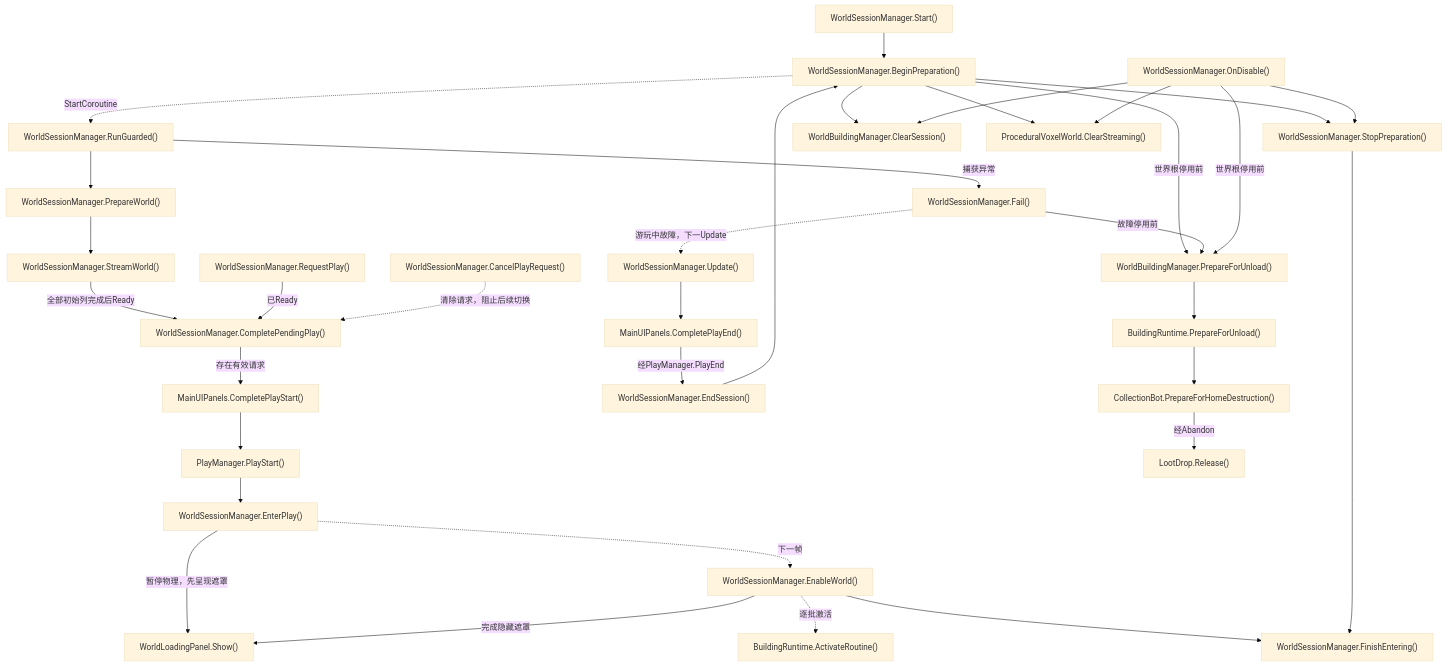
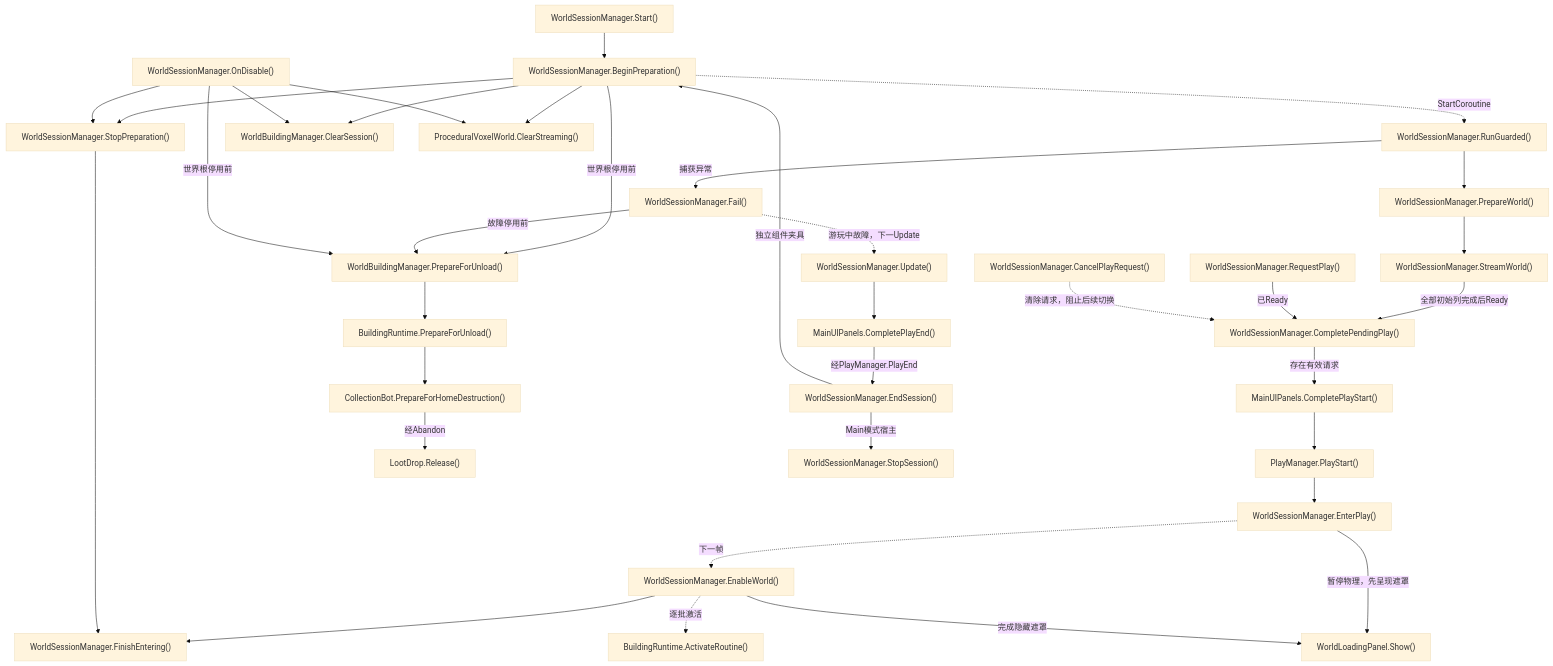
One commit to kukudia/HY-Sandbox changed diagram 22 of 55 in Docs/RuntimeFlow.md. Above: the diagram before and after it, drawn with Mermaid (base theme). The commit also changed other lines of this file and 49 other files, not shown here.

````diff
--- a/Docs/RuntimeFlow.md
+++ b/Docs/RuntimeFlow.md
@@ -1979,49 +2123,49 @@
 ```mermaid
 flowchart TD
     A["WorldSessionManager.Start()"]
-    click A "../Assets/Scripts/Features/World/WorldSessionManager.cs#L68" "打开源码"
+    click A "../Assets/Scripts/Features/World/WorldSessionManager.cs#L79" "打开源码"
     B["WorldSessionManager.BeginPreparation()"]
-    click B "../Assets/Scripts/Features/World/WorldSessionManager.cs#L85" "打开源码"
+    click B "../Assets/Scripts/Features/World/WorldSessionManager.cs#L99" "打开源码"
     C["WorldSessionManager.StopPreparation()"]
-    click C "../Assets/Scripts/Features/World/WorldSessionManager.cs#L465" "打开源码"
+    click C "../Assets/Scripts/Features/World/WorldSessionManager.cs#L493" "打开源码"
     D["WorldSessionManager.RunGuarded()"]
-    click D "../Assets/Scripts/Features/World/WorldSessionManager.cs#L311" "打开源码"
+    click D "../Assets/Scripts/Features/World/WorldSessionManager.cs#L339" "打开源码"
     E["WorldSessionManager.StreamWorld()"]
-    click E "../Assets/Scripts/Features/World/WorldSessionManager.cs#L342" "打开源码"
+    click E "../Assets/Scripts/Features/World/WorldSessionManager.cs#L370" "打开源码"
     F["WorldSessionManager.CompletePendingPlay()"]
-    click F "../Assets/Scripts/Features/World/WorldSessionManager.cs#L197" "打开源码"
+    click F "../Assets/Scripts/Features/World/WorldSessionManager.cs#L212" "打开源码"
     G["WorldSessionManager.RequestPlay()"]
-    click G "../Assets/Scripts/Features/World/WorldSessionManager.cs#L174" "打开源码"
+    click G "../Assets/Scripts/Features/World/WorldSessionManager.cs#L188" "打开源码"
     H["WorldSessionManager.CancelPlayRequest()"]
-    click H "../Assets/Scripts/Features/World/WorldSessionManager.cs#L191" "打开源码"
+    click H "../Assets/Scripts/Features/World/WorldSessionManager.cs#L205" "打开源码"
     I["MainUIPanels.CompletePlayStart()"]
-    click I "../Assets/Scripts/Features/Presentation/Interface/MainUIPanels.cs#L261" "打开源码"
+    click I "../Assets/Scripts/Features/Presentation/Interface/MainUIPanels.cs#L267" "打开源码"
     J["PlayManager.PlayStart()"]
-    click J "../Assets/Scripts/Features/Simulation/PlayManager.cs#L100" "打开源码"
+    click J "../Assets/Scripts/Features/Simulation/PlayManager.cs#L109" "打开源码"
     K["WorldSessionManager.EnterPlay()"]
-    click K "../Assets/Scripts/Features/World/WorldSessionManager.cs#L231" "打开源码"
+    click K "../Assets/Scripts/Features/World/WorldSessionManager.cs#L252" "打开源码"
     L["WorldSessionManager.EnableWorld()"]
-    click L "../Assets/Scripts/Features/World/WorldSessionManager.cs#L263" "打开源码"
+    click L "../Assets/Scripts/Features/World/WorldSessionManager.cs#L284" "打开源码"
     M["BuildingRuntime.ActivateRoutine()"]
     click M "../Assets/Scripts/Features/World/Buildings/BuildingRuntime.cs#L140" "打开源码"
     N["WorldSessionManager.EndSession()"]
-    click N "../Assets/Scripts/Features/World/WorldSessionManager.cs#L306" "打开源码"
+    click N "../Assets/Scripts/Features/World/WorldSessionManager.cs#L327" "打开源码"
     O["WorldSessionManager.Fail()"]
-    click O "../Assets/Scripts/Features/World/WorldSessionManager.cs#L497" "打开源码"
+    click O "../Assets/Scripts/Features/World/WorldSessionManager.cs#L525" "打开源码"
     P["WorldSessionManager.Update()"]
-    click P "../Assets/Scripts/Features/World/WorldSessionManager.cs#L415" "打开源码"
+    click P "../Assets/Scripts/Features/World/WorldSessionManager.cs#L443" "打开源码"
     Q["MainUIPanels.CompletePlayEnd()"]
-    click Q "../Assets/Scripts/Features/Presentation/Interface/MainUIPanels.cs#L297" "打开源码"
+    click Q "../Assets/Scripts/Features/Presentation/Interface/MainUIPanels.cs#L304" "打开源码"
     R["WorldSessionManager.OnDisable()"]
-    click R "../Assets/Scripts/Features/World/WorldSessionManager.cs#L512" "打开源码"
+    click R "../Assets/Scripts/Features/World/WorldSessionManager.cs#L540" "打开源码"
     S["WorldBuildingManager.ClearSession()"]
     click S "../Assets/Scripts/Features/World/Buildings/WorldBuildingManager.cs#L235" "打开源码"
     T["ProceduralVoxelWorld.ClearStreaming()"]
     click T "../Assets/Scripts/Features/World/Terrain/ProceduralVoxelWorld.cs#L339" "打开源码"
     U["WorldSessionManager.PrepareWorld()"]
-    click U "../Assets/Scripts/Features/World/WorldSessionManager.cs#L125" "打开源码"
+    click U "../Assets/Scripts/Features/World/WorldSessionManager.cs#L139" "打开源码"
     V["WorldSessionManager.FinishEntering()"]
-    click V "../Assets/Scripts/Features/World/WorldSessionManager.cs#L297" "打开源码"
+    click V "../Assets/Scripts/Features/World/WorldSessionManager.cs#L318" "打开源码"
     W["WorldLoadingPanel.Show()"]
     click W "../Assets/Scripts/Features/World/Presentation/WorldLoadingPanel.cs#L39" "打开源码"
     X["WorldBuildingManager.PrepareForUnload()"]
@@ -2032,6 +2176,8 @@
     click Z "../Assets/Scripts/Features/Bots/Collection/CollectionBot.cs#L163" "打开源码"
     AA["LootDrop.Release()"]
     click AA "../Assets/Scripts/Features/Salvage/Drops/LootDrop.cs#L214" "打开源码"
+    AB["WorldSessionManager.StopSession()"]
+    click AB "../Assets/Scripts/Features/World/WorldSessionManager.cs#L545" "打开源码"
     A --> B
     B --> C
     B --> S
@@ -2058,7 +2204,8 @@
     L --> V
     L -->|完成隐藏遮罩| W
     C --> V
-    N --> B
+    N -->|独立组件夹具| B
+    N -->|Main模式宿主| AB
     O -.->|游玩中故障，下一Update| P
     P --> Q
     Q -->|经PlayManager.PlayEnd| N
````
